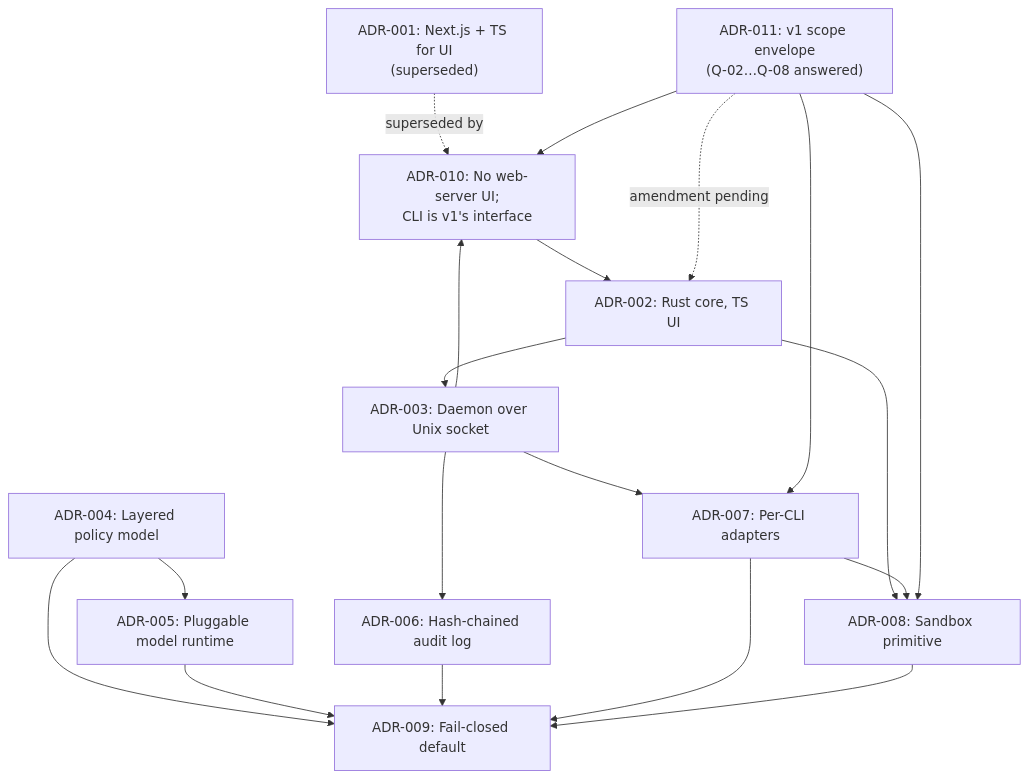
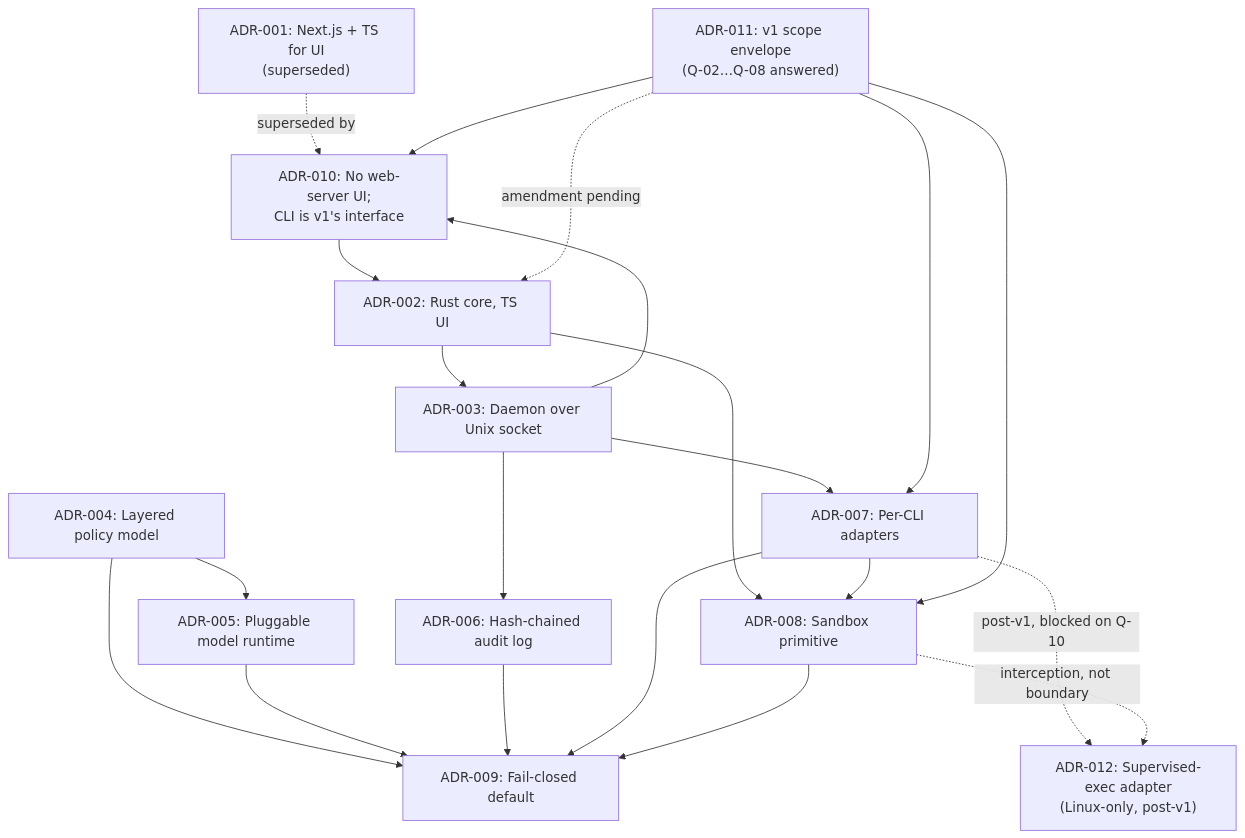
The diagram in docs/05-adr/README.md (AriesNg/ai-guard-bot), drawn with Mermaid before and after one commit. The commit also changed other lines of this file and 4 other files, not shown here.

First line of the commit message:
docs: add ADR-012 and amend ADR-008 to separate interception from confinement

````diff
--- a/docs/05-adr/README.md
+++ b/docs/05-adr/README.md
@@ -41,22 +42,24 @@
 ```mermaid
 flowchart TD
     A001["ADR-001: Next.js + TS for UI<br/>(superseded)"] -.->|superseded by| A010["ADR-010: No web-server UI;<br/>CLI is v1's interface"]
     A002[ADR-002: Rust core, TS UI]
     A010 --> A002
     A003 --> A010
     A002 --> A003[ADR-003: Daemon over Unix socket]
     A003 --> A006[ADR-006: Hash-chained audit log]
     A003 --> A007[ADR-007: Per-CLI adapters]
     A004[ADR-004: Layered policy model] --> A005[ADR-005: Pluggable model runtime]
     A004 --> A009[ADR-009: Fail-closed default]
     A005 --> A009
     A006 --> A009
     A007 --> A009
     A002 --> A008[ADR-008: Sandbox primitive]
     A007 --> A008
     A008 --> A009
     A011["ADR-011: v1 scope envelope<br/>(Q-02…Q-08 answered)"] --> A008
     A011 --> A007
     A011 --> A010
     A011 -.->|amendment pending| A002
+    A007 -.->|post-v1, blocked on Q-10| A012["ADR-012: Supervised-exec adapter<br/>(Linux-only, post-v1)"]
+    A008 -.->|interception, not boundary| A012
 ```
````
